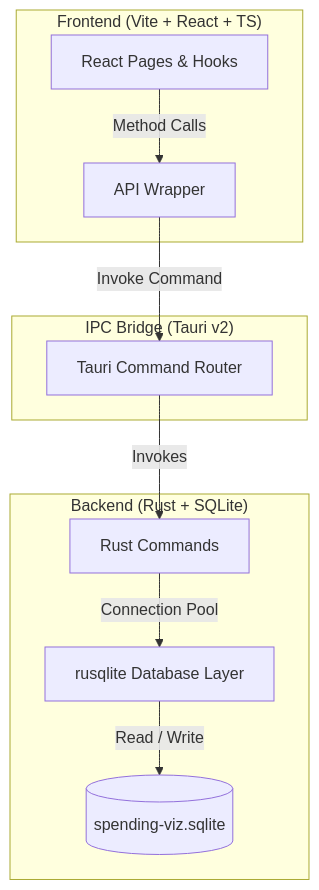
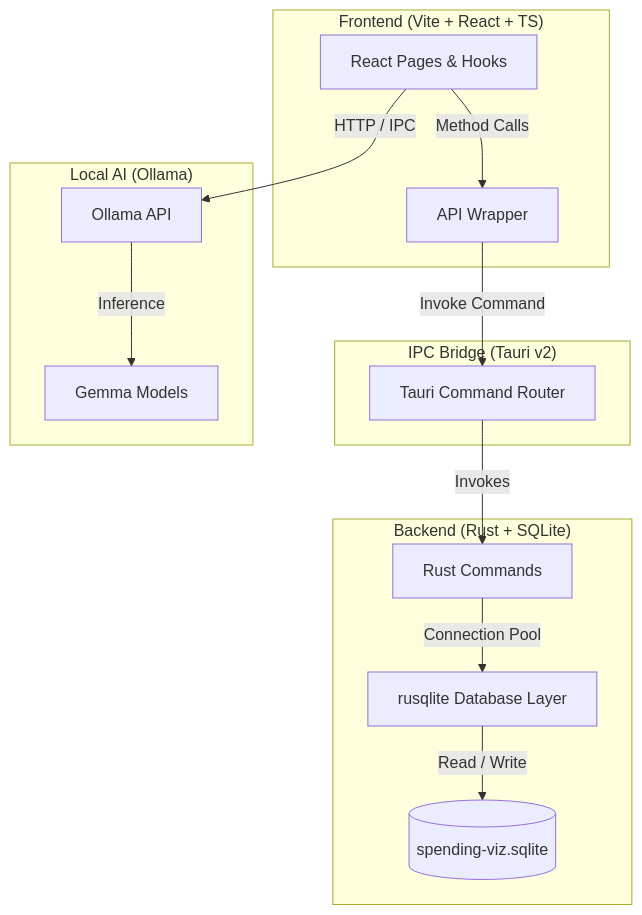
The diagram in README.md (barnesy/strictly-spending), drawn with Mermaid before and after one commit. The commit also changed other lines of this file, not shown here.

Commit message:
docs: Add local LLM integration details to architecture and features

````diff
--- a/README.md
+++ b/README.md
@@ -31,16 +32,21 @@
 ```mermaid
 graph TD
     subgraph Frontend["Frontend (Vite + React + TS)"]
         UI[React Pages & Hooks] -->|Method Calls| API[API Wrapper]
     end
     
     subgraph IPC_Bridge["IPC Bridge (Tauri v2)"]
         API -->|Invoke Command| TAURI[Tauri Command Router]
     end
     
     subgraph Backend["Backend (Rust + SQLite)"]
         TAURI -->|Invokes| COMMANDS[Rust Commands]
         COMMANDS -->|Connection Pool| RUSQLITE[rusqlite Database Layer]
         RUSQLITE -->|Read / Write| SQLITE[(spending-viz.sqlite)]
     end
+    
+    subgraph Local_AI["Local AI (Ollama)"]
+        UI -->|HTTP / IPC| OLLAMA[Ollama API]
+        OLLAMA -->|Inference| MODEL[Gemma Models]
+    end
 ```
````
